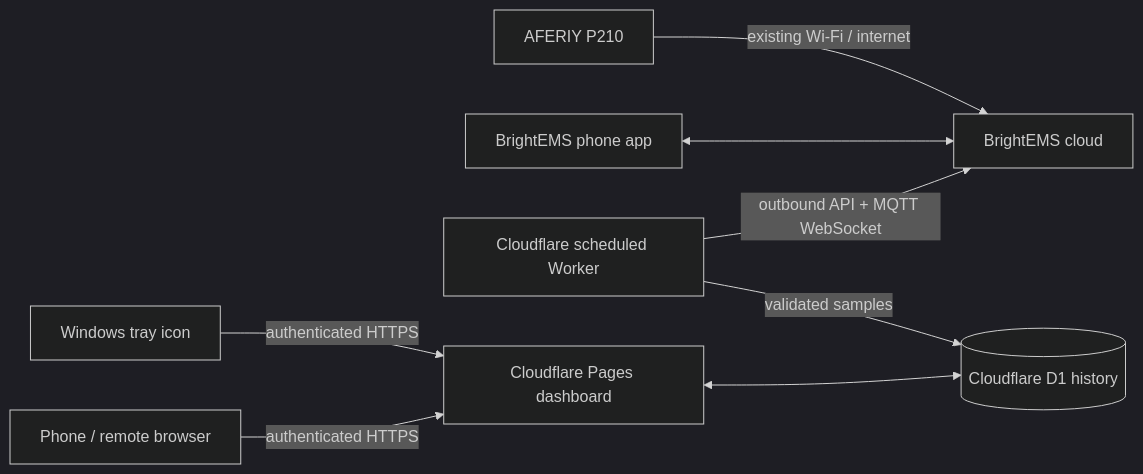
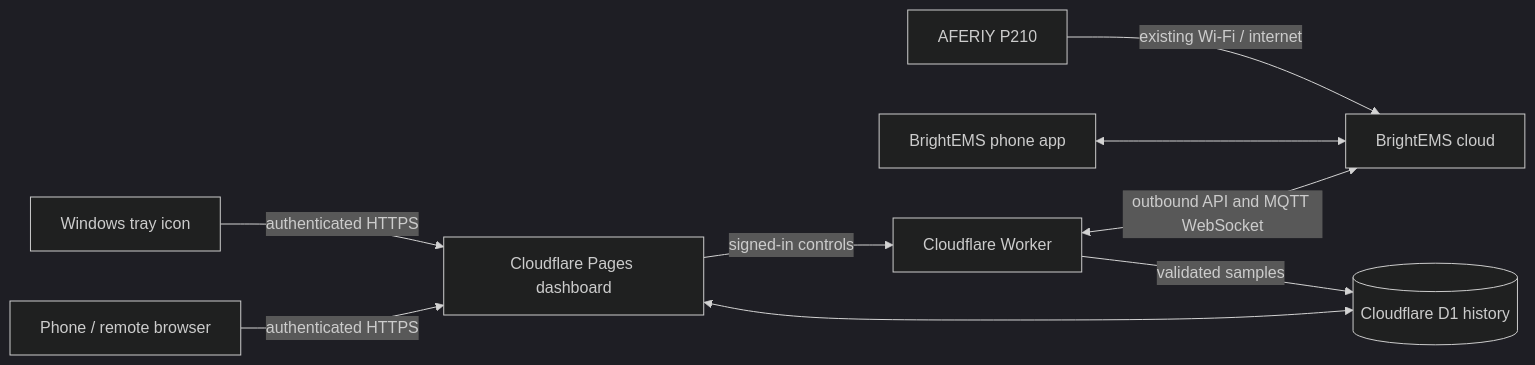
Before and after one commit to ffishstix/aferiy-p210-monitor: the diagram in PROJECT_PLAN.md, drawn with Mermaid (dark theme). The commit also changed other lines of this file and 15 other files, not shown here.

Commit message:
Add signed-in P210 controls with validated cloud writes

````diff
--- a/PROJECT_PLAN.md
+++ b/PROJECT_PLAN.md
@@ -9,10 +9,11 @@
 ```mermaid
 flowchart LR
   P[AFERIY P210] -- existing Wi-Fi / internet --> V[BrightEMS cloud]
   A[BrightEMS phone app] <--> V
-  W[Cloudflare scheduled Worker] -- outbound API + MQTT WebSocket --> V
+  W[Cloudflare Worker] <-->|outbound API and MQTT WebSocket| V
   W -- validated samples --> D[(Cloudflare D1 history)]
   S[Cloudflare Pages dashboard] <--> D
+  S -- signed-in controls --> W
   T[Windows tray icon] -- authenticated HTTPS --> S
   U[Phone / remote browser] -- authenticated HTTPS --> S
 ```
````
